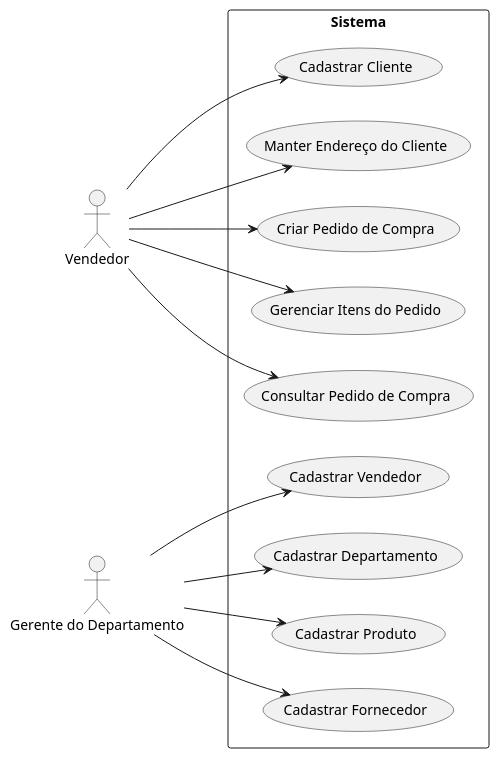
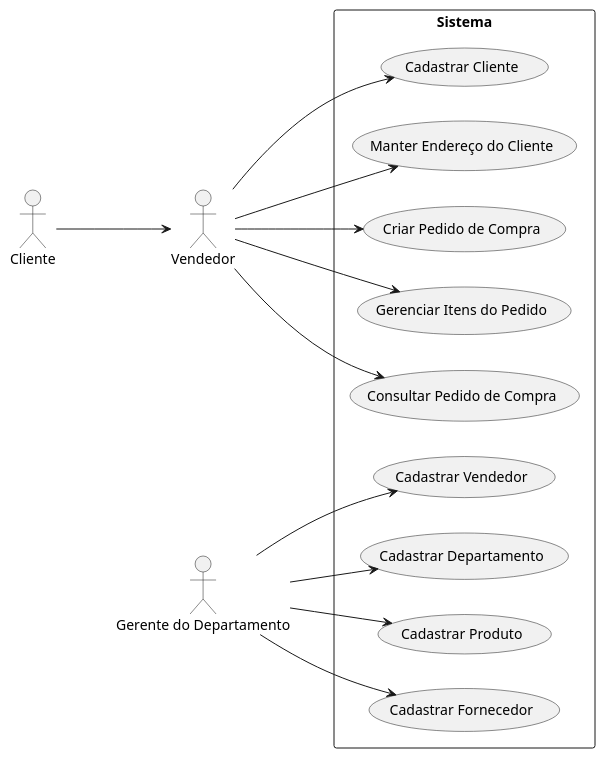
The diagram in docs/uml/usecase.puml (glaucotodesco/engsoft-pedido-2025), drawn with PlantUML before and after one commit. The commit also changed 1 other file, not shown here.

```diff
--- a/docs/uml/usecase.puml
+++ b/docs/uml/usecase.puml
@@ -3,30 +1,37 @@
 @startuml
 left to right direction
+actor "Cliente" as C
 actor "Vendedor" as V
 actor "Gerente do Departamento" as G
 
 rectangle Sistema {
   
   (Cadastrar Cliente) as UC1
   (Manter Endereço do Cliente) as UC2
   (Criar Pedido de Compra) as UC3
   (Gerenciar Itens do Pedido) as UC4
   (Consultar Pedido de Compra) as UC5
 
   (Cadastrar Vendedor) as UC6
   (Cadastrar Departamento) as UC7
   (Cadastrar Produto) as UC8
   (Cadastrar Fornecedor) as UC9
 }
 
+' Casos de uso do Vendedor
 V --> UC1
 V --> UC2
 V --> UC3
 V --> UC4
 V --> UC5
 
+' Casos de uso do Gerente
 G --> UC6
 G --> UC7
 G --> UC8
 G --> UC9
+
+' Interação Cliente <-> Vendedor
+C --> V
+
 @enduml
```
